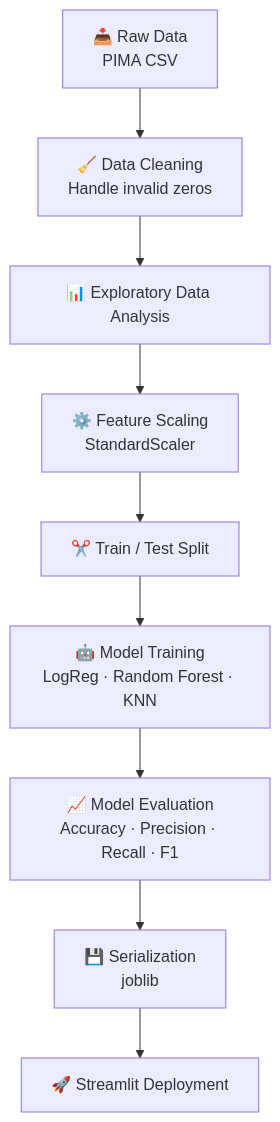
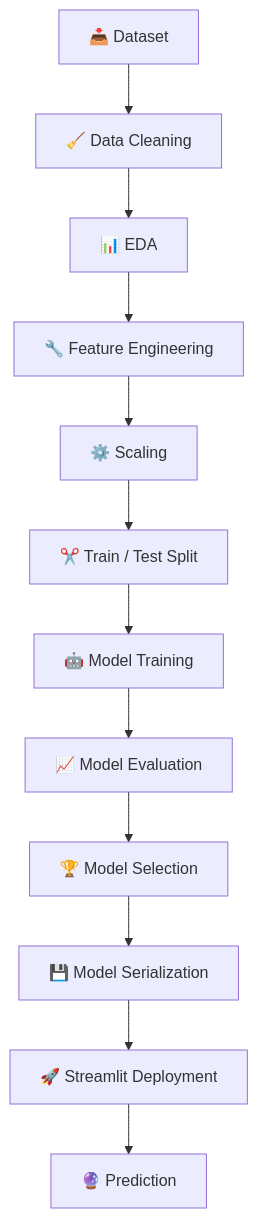
Before and after one commit to rizwanahmed786508/diabetes-prediction-system: the diagram in Diabetes_Prediction_System/README.md, drawn with Mermaid. The commit also changed other lines of this file, not shown here.

````diff
--- a/Diabetes_Prediction_System/README.md
+++ b/Diabetes_Prediction_System/README.md
@@ -143,11 +145,14 @@
 ```mermaid
 flowchart TD
-    A[📥 Raw Data<br/>PIMA CSV] --> B[🧹 Data Cleaning<br/>Handle invalid zeros]
-    B --> C[📊 Exploratory Data Analysis]
-    C --> D[⚙️ Feature Scaling<br/>StandardScaler]
-    D --> E[✂️ Train / Test Split]
-    E --> F[🤖 Model Training<br/>LogReg · Random Forest · KNN]
-    F --> G[📈 Model Evaluation<br/>Accuracy · Precision · Recall · F1]
-    G --> H[💾 Serialization<br/>joblib]
-    H --> I[🚀 Streamlit Deployment]
+    A[📥 Dataset] --> B[🧹 Data Cleaning]
+    B --> C[📊 EDA]
+    C --> D[🔧 Feature Engineering]
+    D --> E[⚙️ Scaling]
+    E --> F[✂️ Train / Test Split]
+    F --> G[🤖 Model Training]
+    G --> H[📈 Model Evaluation]
+    H --> I[🏆 Model Selection]
+    I --> J[💾 Model Serialization]
+    J --> K[🚀 Streamlit Deployment]
+    K --> L[🔮 Prediction]
 ```
````
